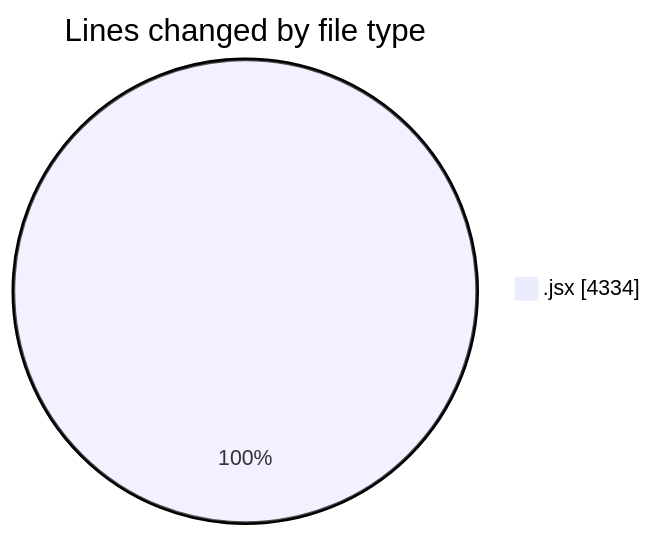
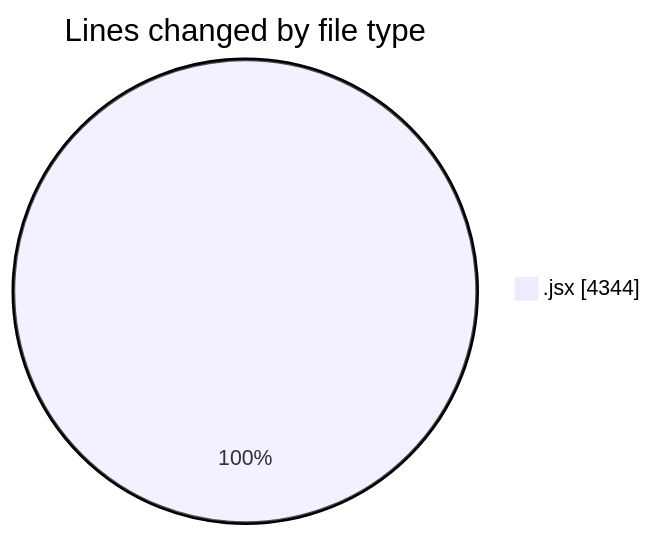
The first of 2 diagrams in 2025-06-02/nxtqube_webapp/README.md (nxtqubesakshisongat/code-tracking), drawn with Mermaid before and after one commit. The commit also changed other lines of this file and 1 other file, not shown here.

````diff
--- a/2025-06-02/nxtqube_webapp/README.md
+++ b/2025-06-02/nxtqube_webapp/README.md
@@ -21,5 +21,5 @@
 ```mermaid
 pie showData
 title Lines changed by file type
-".jsx" : 4334
+".jsx" : 4344
 ```
````
